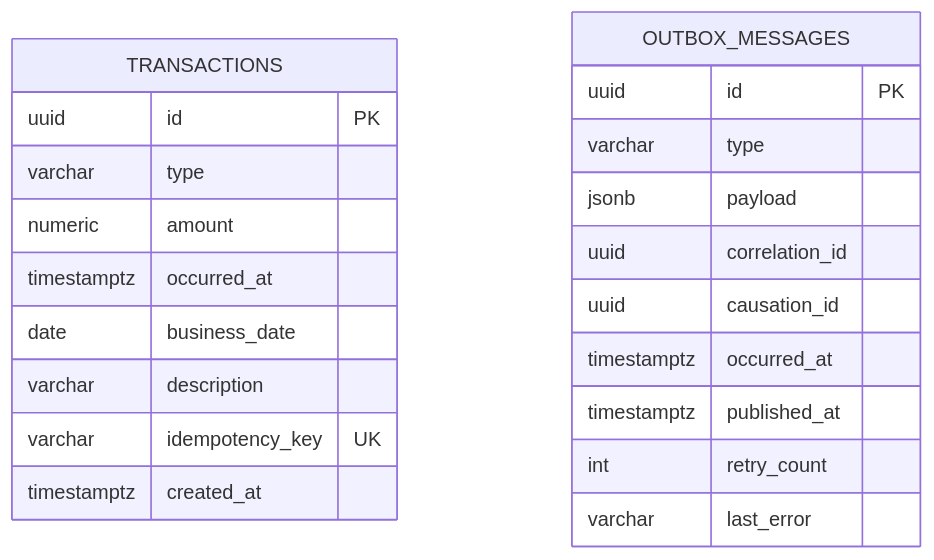
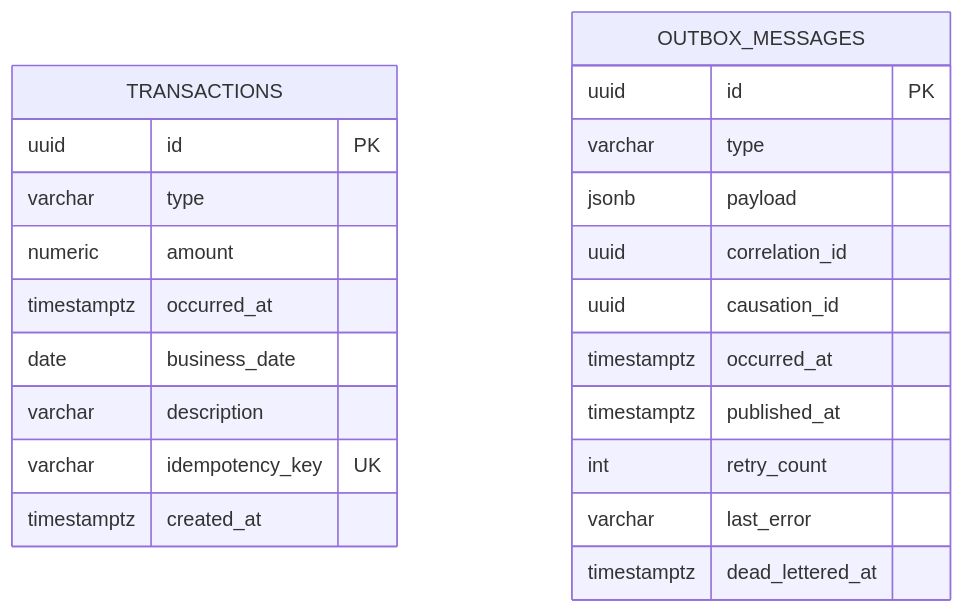
The first of 2 diagrams in docs/architecture/06-modelo-de-dados.md (danilovsoares/resilient-ledger), drawn with Mermaid before and after one commit. The commit also changed other lines of this file and 14 other files, not shown here.

````diff
--- a/docs/architecture/06-modelo-de-dados.md
+++ b/docs/architecture/06-modelo-de-dados.md
@@ -16,24 +16,25 @@
 ```mermaid
 erDiagram
     TRANSACTIONS {
         uuid id PK
         varchar type
         numeric amount
         timestamptz occurred_at
         date business_date
         varchar description
         varchar idempotency_key UK
         timestamptz created_at
     }
     OUTBOX_MESSAGES {
         uuid id PK
         varchar type
         jsonb payload
         uuid correlation_id
         uuid causation_id
         timestamptz occurred_at
         timestamptz published_at
         int retry_count
         varchar last_error
+        timestamptz dead_lettered_at
     }
 ```
````
